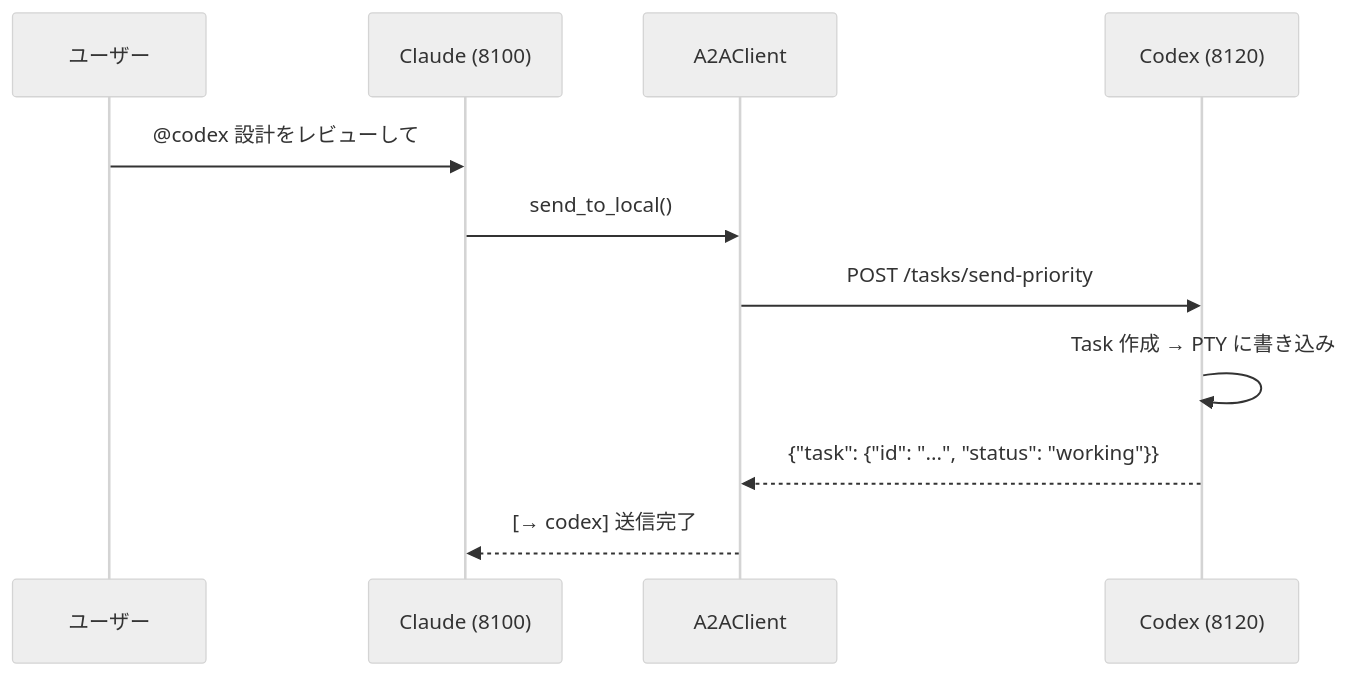
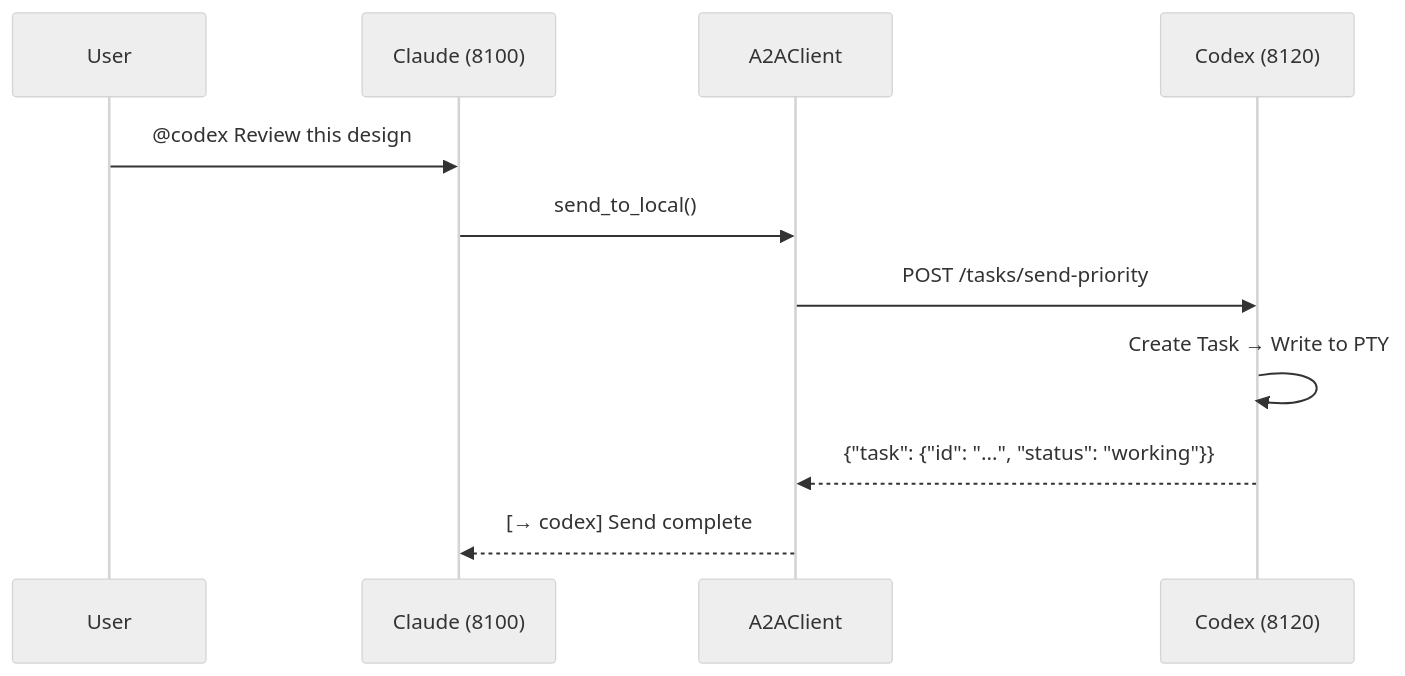
The third of 5 diagrams in README.md (s-hiraoku/synapse-a2a), drawn with Mermaid (neutral theme) before and after one commit. The commit also changed other lines of this file and 1 other file, not shown here.

First line of the commit message:
docs: create bilingual README (English/Japanese)

````diff
--- a/README.md
+++ b/README.md
@@ -390,14 +392,14 @@
 ```mermaid
 sequenceDiagram
-    participant User as ユーザー
+    participant User
     participant Claude as Claude (8100)
     participant Client as A2AClient
     participant Codex as Codex (8120)
 
-    User->>Claude: @codex 設計をレビューして
+    User->>Claude: @codex Review this design
     Claude->>Client: send_to_local()
     Client->>Codex: POST /tasks/send-priority
-    Codex->>Codex: Task 作成 → PTY に書き込み
+    Codex->>Codex: Create Task → Write to PTY
     Codex-->>Client: {"task": {"id": "...", "status": "working"}}
-    Client-->>Claude: [→ codex] 送信完了
+    Client-->>Claude: [→ codex] Send complete
 ```
````
